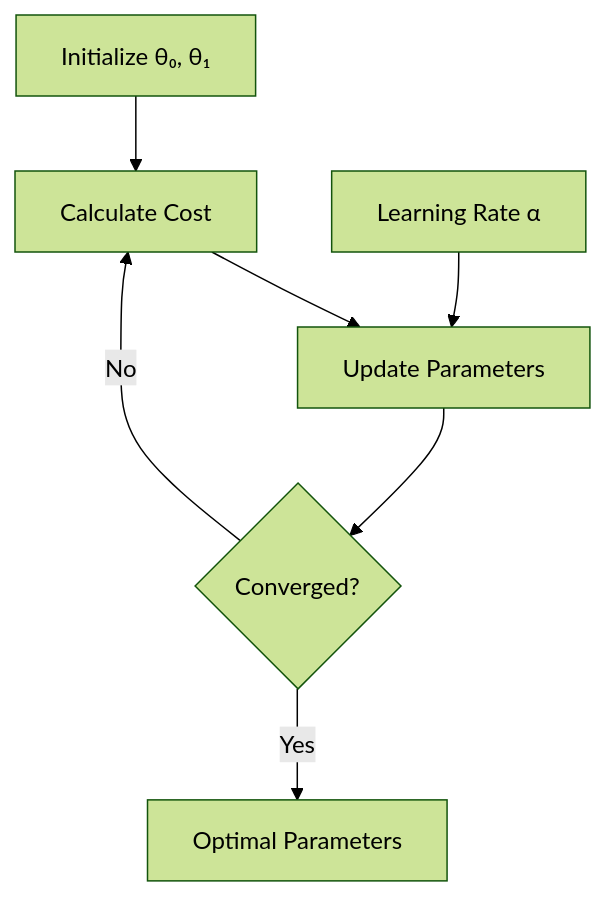
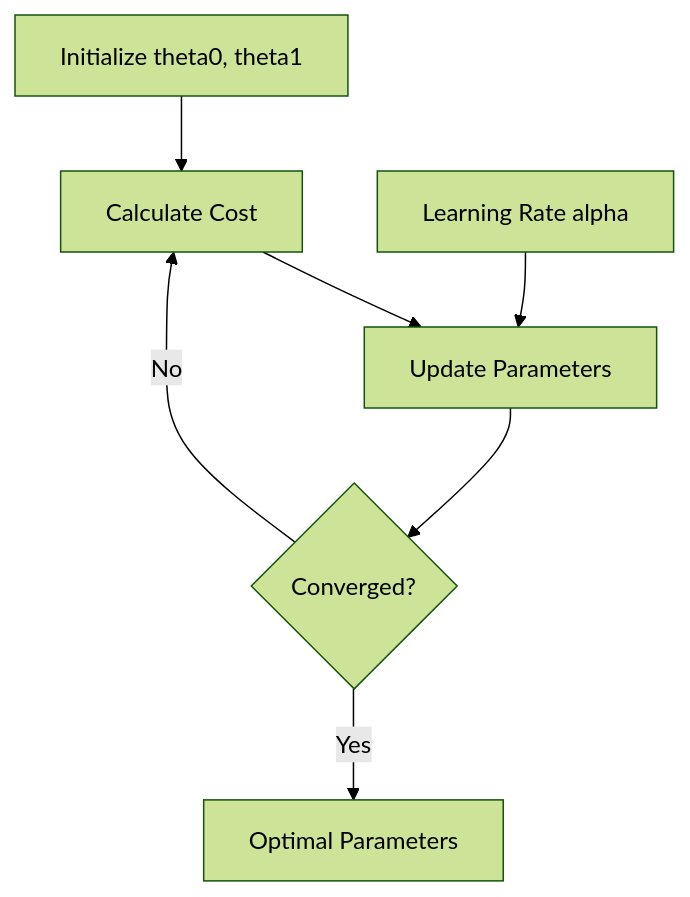
The third of 5 diagrams in ML Revision/03-Linear-Regression.md (nishant-iith/Learning-AI-ML), drawn with Mermaid (forest theme) before and after one commit. The commit also changed other lines of this file and 23 other files, not shown here.

First line of the commit message:
Fix Mermaid diagrams with proper node text quoting

````diff
--- a/ML Revision/03-Linear-Regression.md
+++ b/ML Revision/03-Linear-Regression.md
@@ -71,10 +71,10 @@
 ```mermaid
-graph TD
-    A[Initialize θ₀, θ₁] --> B[Calculate Cost]
-    B --> C[Update Parameters]
-    C --> D{Converged?}
+flowchart TD
+    A["Initialize theta0, theta1"] --> B["Calculate Cost"]
+    B --> C["Update Parameters"]
+    C --> D{"Converged?"}
     D -->|No| B
-    D -->|Yes| E[Optimal Parameters]
+    D -->|Yes| E["Optimal Parameters"]
 
-    F[Learning Rate α] --> C
+    F["Learning Rate alpha"] --> C
 ```
````
